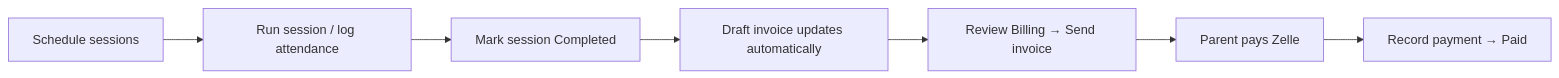
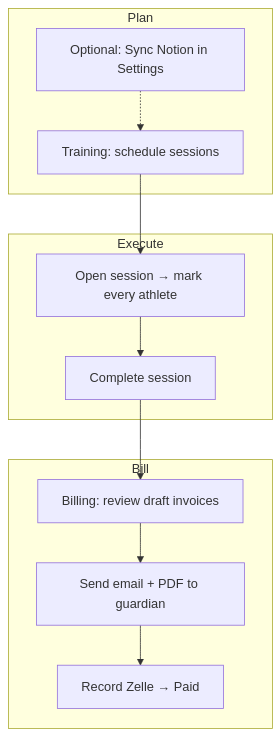
One commit to eliteatmospheretraining/one changed the diagram in README.md. Above: the diagram before and after it, drawn with Mermaid. The commit also changed other lines of this file, not shown here.

````diff
--- a/README.md
+++ b/README.md
@@ -41,9 +46,18 @@
 ```mermaid
-flowchart LR
-  A[Schedule sessions] --> B[Run session / log attendance]
-  B --> C[Mark session Completed]
-  C --> D[Draft invoice updates automatically]
-  D --> E[Review Billing → Send invoice]
-  E --> F[Parent pays Zelle]
-  F --> G[Record payment → Paid]
+flowchart TD
+  subgraph morning [Plan]
+    S[Training: schedule sessions]
+    N[Optional: Sync Notion in Settings]
+  end
+  subgraph court [Execute]
+    A[Open session → mark every athlete]
+    C[Complete session]
+  end
+  subgraph desk [Bill]
+    R[Billing: review draft invoices]
+    E[Send email + PDF to guardian]
+    P[Record Zelle → Paid]
+  end
+  S --> A --> C --> R --> E --> P
+  N -.-> S
 ```
````
